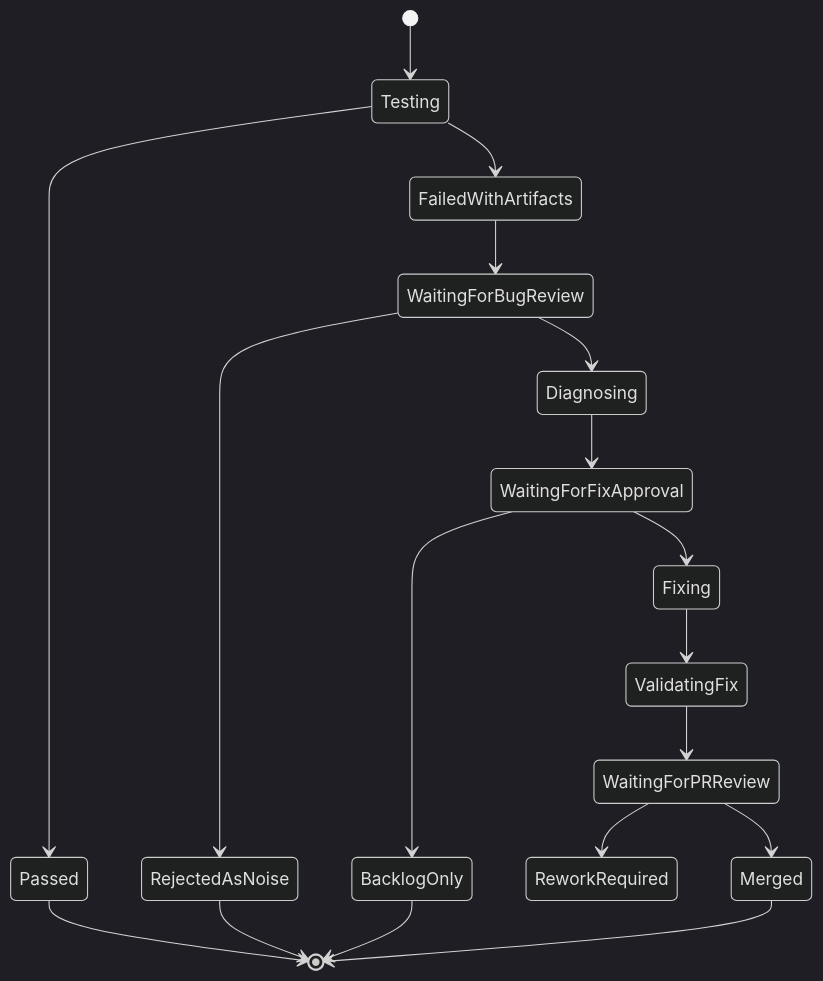
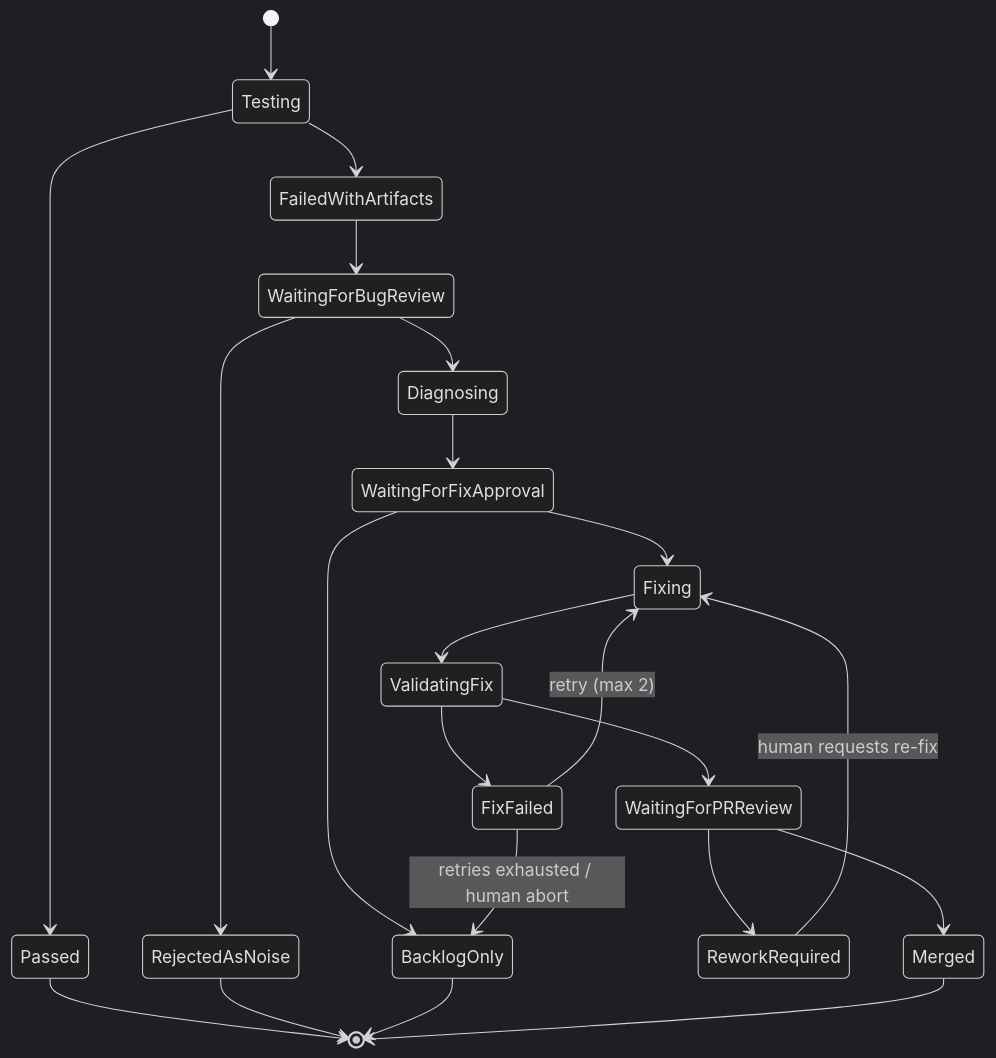
One commit to zyc-wandering/deep-debet changed the fourth of 4 diagrams in docs/agentic-harness-architecture.md. Above: the diagram before and after it, drawn with Mermaid (dark theme). The commit also changed other lines of this file and 2 other files, not shown here.

````diff
--- a/docs/agentic-harness-architecture.md
+++ b/docs/agentic-harness-architecture.md
@@ -248,20 +262,24 @@
 ```mermaid
 stateDiagram-v2
     [*] --> Testing
     Testing --> FailedWithArtifacts
     Testing --> Passed
     FailedWithArtifacts --> WaitingForBugReview
     WaitingForBugReview --> RejectedAsNoise
     WaitingForBugReview --> Diagnosing
     Diagnosing --> WaitingForFixApproval
     WaitingForFixApproval --> BacklogOnly
     WaitingForFixApproval --> Fixing
     Fixing --> ValidatingFix
     ValidatingFix --> WaitingForPRReview
+    ValidatingFix --> FixFailed
+    FixFailed --> Fixing : retry (max 2)
+    FixFailed --> BacklogOnly : retries exhausted / human abort
     WaitingForPRReview --> ReworkRequired
     WaitingForPRReview --> Merged
+    ReworkRequired --> Fixing : human requests re-fix
     Passed --> [*]
     RejectedAsNoise --> [*]
     BacklogOnly --> [*]
     Merged --> [*]
 ```
````
